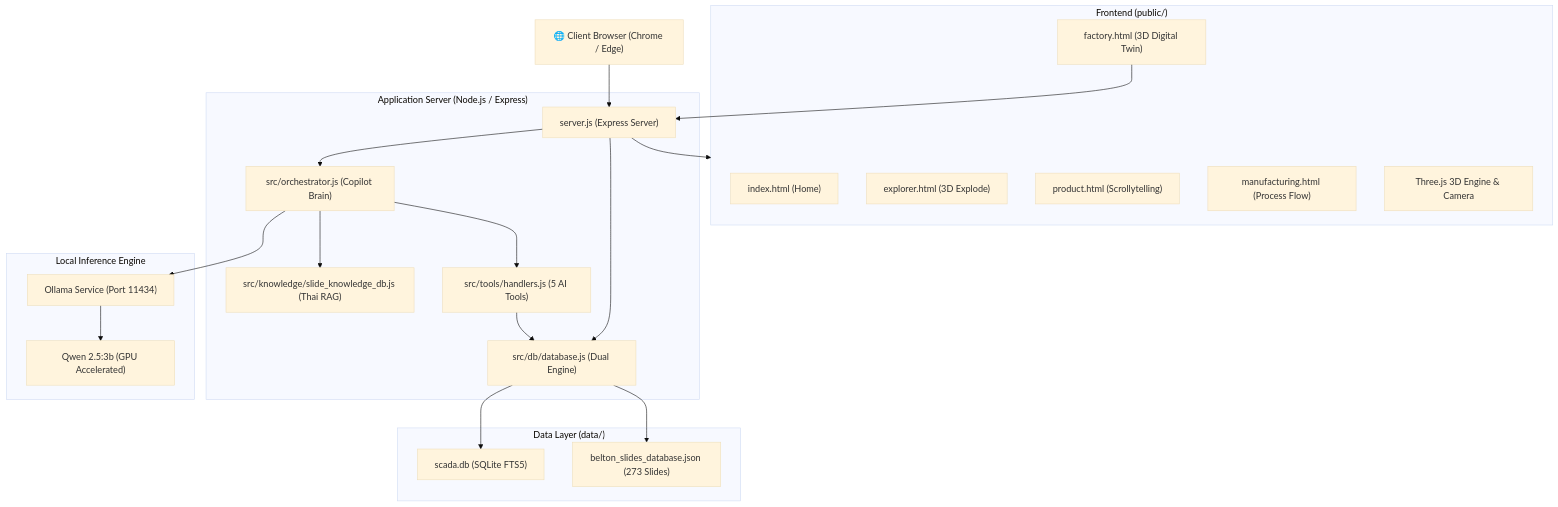
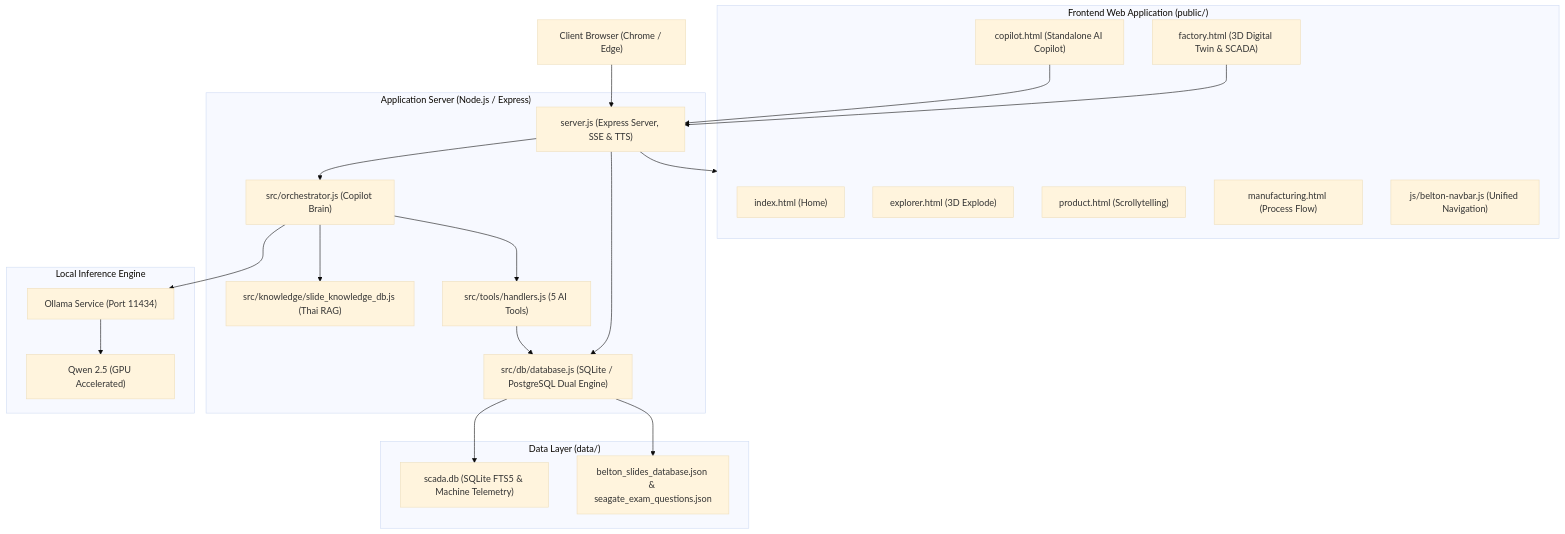
One commit to boattheboss-art/BeltonPreview changed the diagram in README.md. Above: the diagram before and after it, drawn with Mermaid (base theme). The commit also changed other lines of this file and 9 other files, not shown here.

````diff
--- a/README.md
+++ b/README.md
@@ -20,44 +20,46 @@
 ```mermaid
 graph TD
-    Client["🌐 Client Browser (Chrome / Edge)"]
+    Client["Client Browser (Chrome / Edge)"]
     
-    subgraph Frontend ["Frontend (public/)"]
+    subgraph Frontend ["Frontend Web Application (public/)"]
         Index["index.html (Home)"]
         Explorer["explorer.html (3D Explode)"]
         Product["product.html (Scrollytelling)"]
         Mfg["manufacturing.html (Process Flow)"]
-        Factory["factory.html (3D Digital Twin)"]
-        ThreeEngine["Three.js 3D Engine & Camera"]
+        Factory["factory.html (3D Digital Twin & SCADA)"]
+        Copilot["copilot.html (Standalone AI Copilot)"]
+        Navbar["js/belton-navbar.js (Unified Navigation)"]
     end
 
     subgraph Backend ["Application Server (Node.js / Express)"]
-        Server["server.js (Express Server)"]
+        Server["server.js (Express Server, SSE & TTS)"]
         Orchestrator["src/orchestrator.js (Copilot Brain)"]
         SlideDB["src/knowledge/slide_knowledge_db.js (Thai RAG)"]
         ToolHandlers["src/tools/handlers.js (5 AI Tools)"]
-        DBClient["src/db/database.js (Dual Engine)"]
+        DBClient["src/db/database.js (SQLite / PostgreSQL Dual Engine)"]
     end
 
     subgraph Storage ["Data Layer (data/)"]
-        SQLite["scada.db (SQLite FTS5)"]
-        JSONStore["belton_slides_database.json (273 Slides)"]
+        SQLite["scada.db (SQLite FTS5 & Machine Telemetry)"]
+        JSONStore["belton_slides_database.json & seagate_exam_questions.json"]
     end
 
     subgraph LocalAI ["Local Inference Engine"]
         Ollama["Ollama Service (Port 11434)"]
-        Model["Qwen 2.5:3b (GPU Accelerated)"]
+        Model["Qwen 2.5 (GPU Accelerated)"]
     end
 
     Client --> Server
     Server --> Frontend
     Factory --> Server
+    Copilot --> Server
     Server --> DBClient
     DBClient --> SQLite
     DBClient --> JSONStore
     Server --> Orchestrator
     Orchestrator --> SlideDB
     Orchestrator --> ToolHandlers
     ToolHandlers --> DBClient
     Orchestrator --> Ollama
     Ollama --> Model
 ```
````
